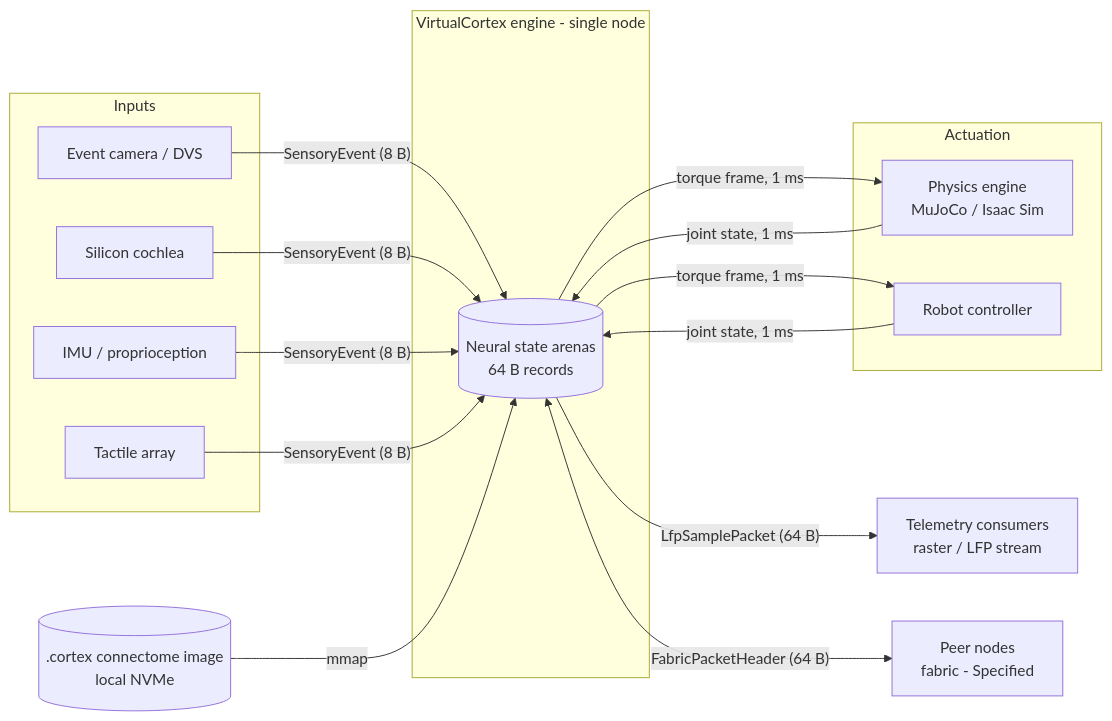
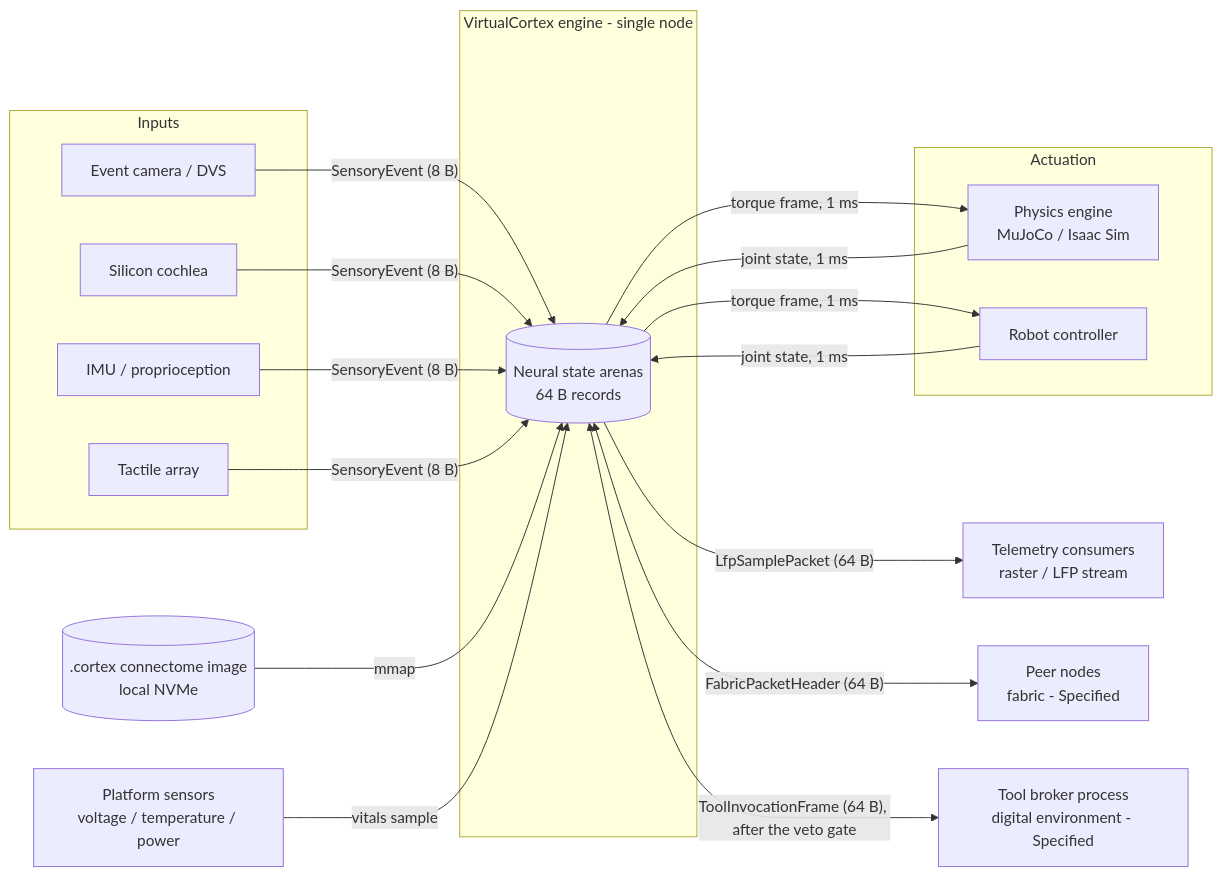
The first of 2 diagrams in docs/WHITEPAPER.md (DescentVTT/VirtualCortex), drawn with Mermaid before and after one commit. The commit also changed other lines of this file and 37 other files, not shown here.

````diff
--- a/docs/WHITEPAPER.md
+++ b/docs/WHITEPAPER.md
@@ -262,26 +294,30 @@
 ```mermaid
 flowchart LR
     subgraph ext_in [Inputs]
         DVS[Event camera / DVS]
         AUD[Silicon cochlea]
         IMU[IMU / proprioception]
         SKIN[Tactile array]
     end
     subgraph vc [VirtualCortex engine - single node]
         CORE[(Neural state arenas<br/>64 B records)]
     end
     subgraph ext_out [Actuation]
         PHYS[Physics engine<br/>MuJoCo / Isaac Sim]
         ROBOT[Robot controller]
     end
     IMG[(.cortex connectome image<br/>local NVMe)]
     TEL[Telemetry consumers<br/>raster / LFP stream]
     PEER[Peer nodes<br/>fabric - Specified]
+    BROKER[Tool broker process<br/>digital environment - Specified]
+    VITALS[Platform sensors<br/>voltage / temperature / power]
 
     DVS & AUD & IMU & SKIN -- "SensoryEvent (8 B)" --> CORE
     CORE -- "torque frame, 1 ms" --> PHYS & ROBOT
     PHYS & ROBOT -- "joint state, 1 ms" --> CORE
     IMG -- "mmap" --> CORE
     CORE -- "LfpSamplePacket (64 B)" --> TEL
     CORE <-- "FabricPacketHeader (64 B)" --> PEER
+    CORE <-- "ToolInvocationFrame (64 B), after the veto gate" --> BROKER
+    VITALS -- "vitals sample" --> CORE
 ```
````
